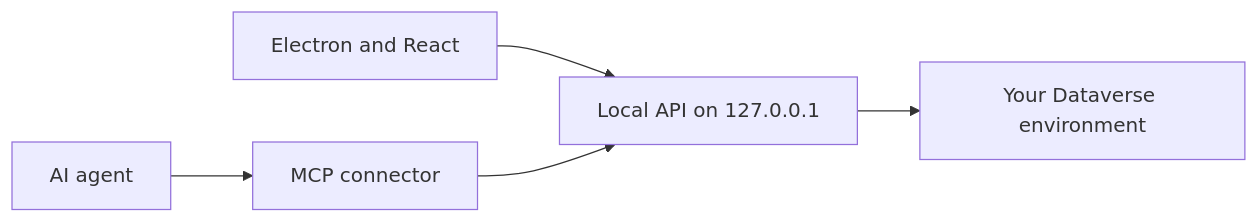
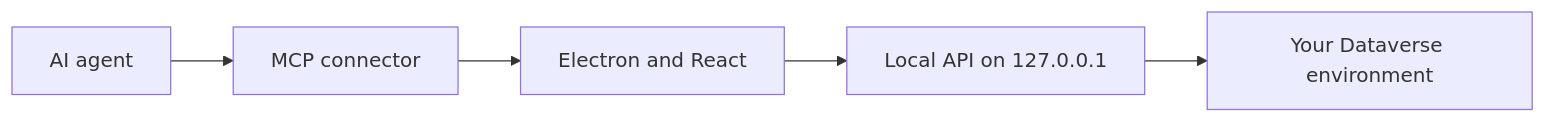
One commit to AbdallahNagy/PowerTools changed the diagram in README.md. Above: the diagram before and after it, drawn with Mermaid.

Commit message:
README: the MCP connector relays to the app, not the API
Claude-Session: https://claude.ai/code/session_01Fr9JwT1TmWTiAJEJn7dZcp

````diff
--- a/README.md
+++ b/README.md
@@ -102,6 +102,6 @@
 ```mermaid
 flowchart LR
   app["Electron and React"] --> api["Local API on 127.0.0.1"]
-  agent["AI agent"] --> connector["MCP connector"] --> api
+  agent["AI agent"] --> connector["MCP connector"] --> app
   api --> dataverse["Your Dataverse environment"]
 ```
````
